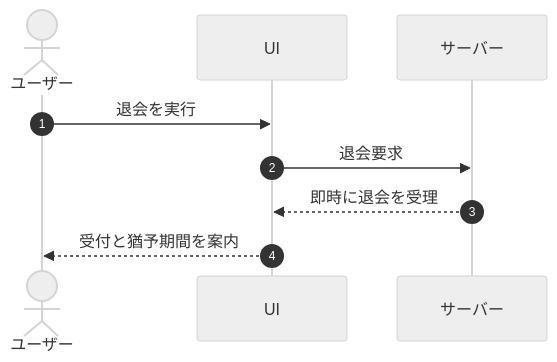
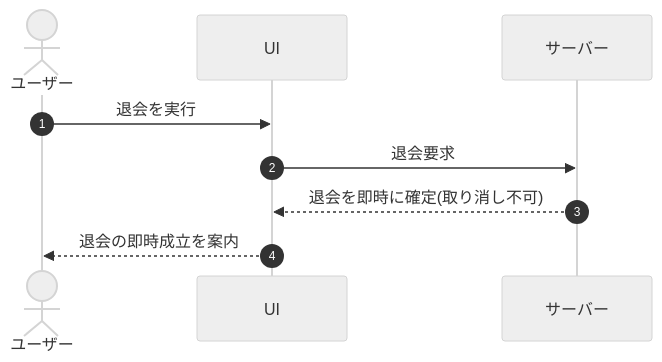
One commit to sikakou54/open-faq changed the ninth of 56 diagrams in 01_requirements/02_functional_requirement/01_account-fr.md. Above: the diagram before and after it, drawn with Mermaid (neutral theme). The commit also changed other lines of this file and 81 other files, not shown here.

````diff
--- a/01_requirements/02_functional_requirement/01_account-fr.md
+++ b/01_requirements/02_functional_requirement/01_account-fr.md
@@ -262,11 +262,11 @@
 ```mermaid
 sequenceDiagram
   autonumber
   actor U as ユーザー
   participant UI as UI
   participant S as サーバー
   U->>UI: 退会を実行
   UI->>S: 退会要求
-  S-->>UI: 即時に退会を受理
-  UI-->>U: 受付と猶予期間を案内
+  S-->>UI: 退会を即時に確定(取り消し不可)
+  UI-->>U: 退会の即時成立を案内
 ```
````
